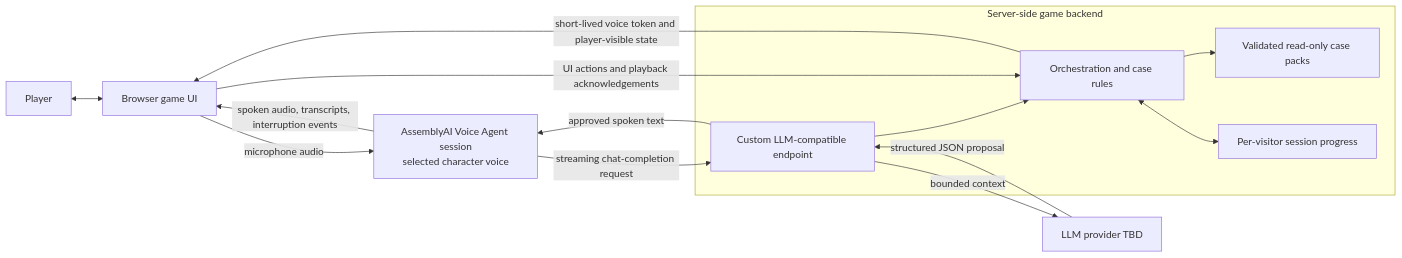
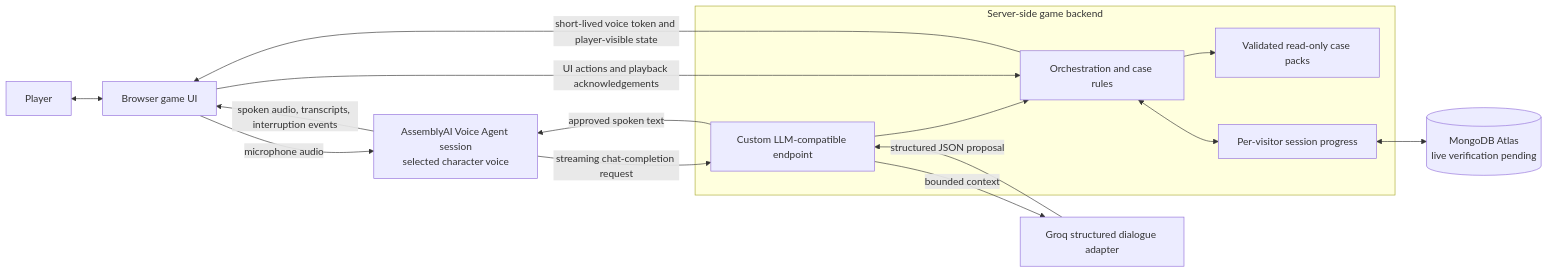
Before and after one commit to Sayyam2911/voice-native-mystery: the diagram in architecture/hld.md, drawn with Mermaid. The commit also changed other lines of this file and 7 other files, not shown here.

Commit message:
Record architecture implementation checkpoint

````diff
--- a/architecture/hld.md
+++ b/architecture/hld.md
@@ -7,21 +7,22 @@
 ```mermaid
 flowchart LR
     Player[Player] <--> Web[Browser game UI]
     Web -- microphone audio --> Voice[AssemblyAI Voice Agent session<br/>selected character voice]
     Voice -- spoken audio, transcripts, interruption events --> Web
     subgraph Backend[Server-side game backend]
         Game[Orchestration and case rules]
         Dialog[Custom LLM-compatible endpoint]
         Packs[Validated read-only case packs]
         Sessions[Per-visitor session progress]
         Game --> Packs
         Game <--> Sessions
         Dialog --> Game
     end
     Web -- UI actions and playback acknowledgements --> Game
     Game -- short-lived voice token and player-visible state --> Web
     Voice -- streaming chat-completion request --> Dialog
     Dialog -- approved spoken text --> Voice
-    Dialog -- bounded context --> LLM[LLM provider TBD]
+    Dialog -- bounded context --> LLM[Groq structured dialogue adapter]
     LLM -- structured JSON proposal --> Dialog
+    Sessions <--> DB[(MongoDB Atlas<br/>live verification pending)]
 ```
````
